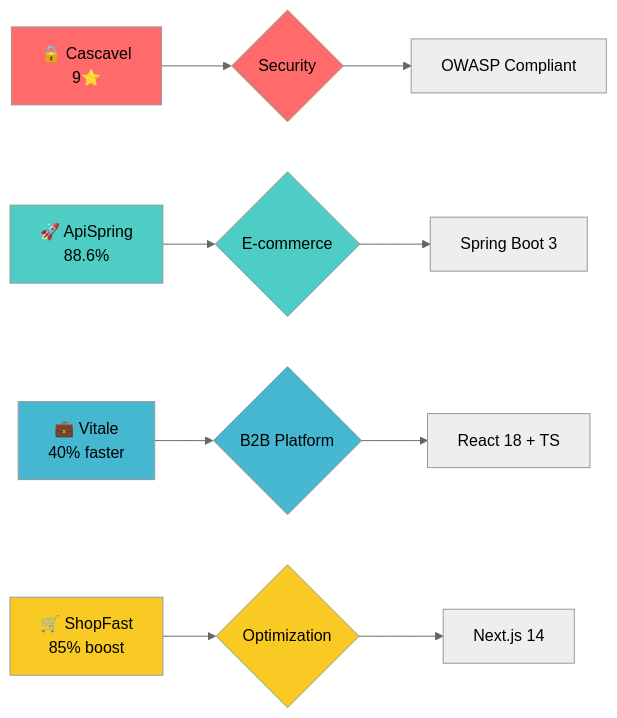
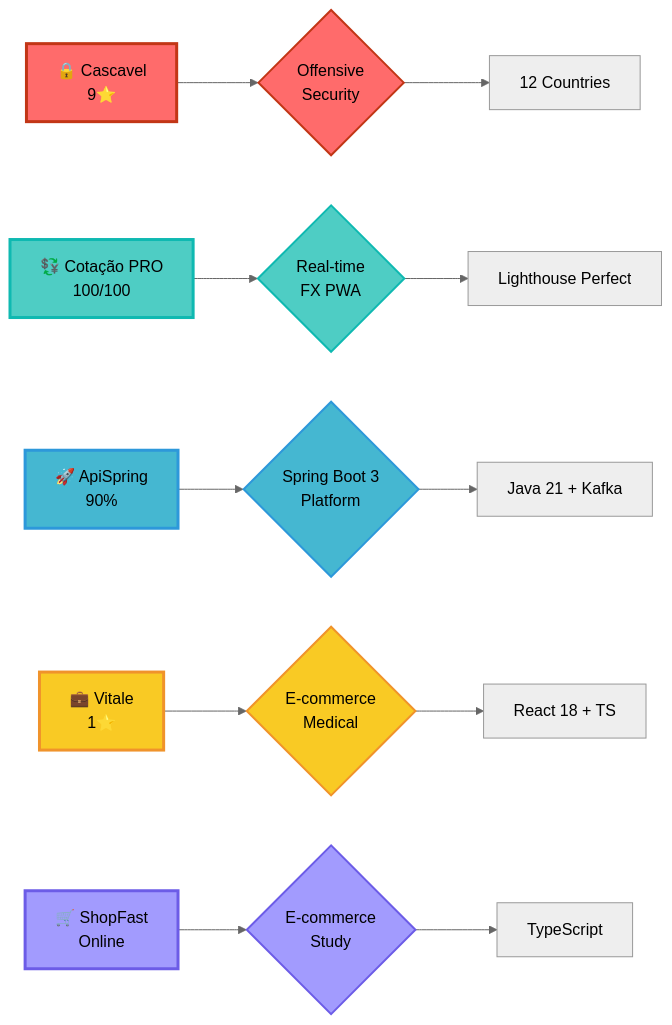
The first of 4 diagrams in README.md (glferreira-devsecops/glferreira-devsecops), drawn with Mermaid (neutral theme) before and after one commit. The commit also changed other lines of this file, not shown here.

````diff
--- a/README.md
+++ b/README.md
@@ -430,21 +527,25 @@
 ```mermaid
 graph LR
-    A[🔒 Cascavel<br/>9⭐] --> B{Security}
-    C[🚀 ApiSpring<br/>88.6%] --> D{E-commerce}
-    E[💼 Vitale<br/>40% faster] --> F{B2B Platform}
-    G[🛒 ShopFast<br/>85% boost] --> H{Optimization}
+    A[🔒 Cascavel<br/>9⭐] --> B{Offensive<br/>Security}
+    C[💱 Cotação PRO<br/>100/100] --> D{Real-time<br/>FX PWA}
+    E[🚀 ApiSpring<br/>90%] --> F{Spring Boot 3<br/>Platform}
+    G[💼 Vitale<br/>1⭐] --> H{E-commerce<br/>Medical}
+    I[🛒 ShopFast<br/>Online] --> J{E-commerce<br/>Study}
 
-    B --> I[OWASP Compliant]
-    D --> J[Spring Boot 3]
-    F --> K[React 18 + TS]
-    H --> L[Next.js 14]
+    B --> K[12 Countries]
+    D --> L[Lighthouse Perfect]
+    F --> M[Java 21 + Kafka]
+    H --> N[React 18 + TS]
+    J --> O[TypeScript]
 
-    style A fill:#ff6b6b
-    style C fill:#4ecdc4
-    style E fill:#45b7d1
-    style G fill:#f9ca24
-    style B fill:#ff6b6b
-    style D fill:#4ecdc4
-    style F fill:#45b7d1
-    style H fill:#f9ca24
+    style A fill:#ff6b6b,stroke:#c23616,stroke-width:3px
+    style C fill:#4ecdc4,stroke:#0fb9b1,stroke-width:3px
+    style E fill:#45b7d1,stroke:#2d98da,stroke-width:3px
+    style G fill:#f9ca24,stroke:#f0932b,stroke-width:3px
+    style I fill:#a29bfe,stroke:#6c5ce7,stroke-width:3px
+    style B fill:#ff6b6b,stroke:#c23616,stroke-width:2px
+    style D fill:#4ecdc4,stroke:#0fb9b1,stroke-width:2px
+    style F fill:#45b7d1,stroke:#2d98da,stroke-width:2px
+    style H fill:#f9ca24,stroke:#f0932b,stroke-width:2px
+    style J fill:#a29bfe,stroke:#6c5ce7,stroke-width:2px
 ```
````
